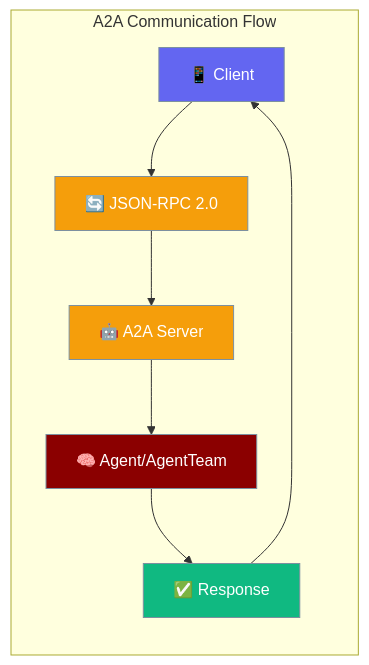
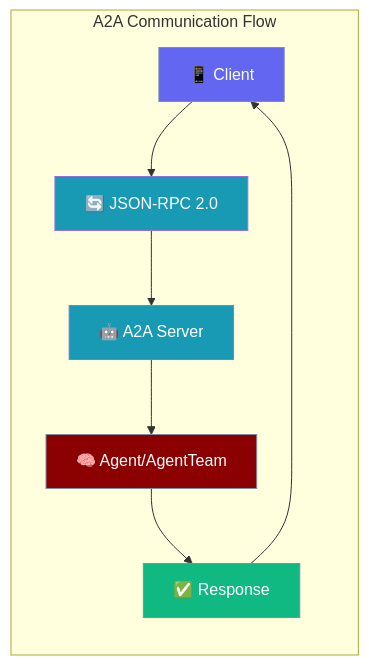
The first of 3 diagrams in docs/features/a2a.mdx (MervinPraison/PraisonAIDocs), drawn with Mermaid before and after one commit. The commit also changed 13 other files, not shown here.

````diff
--- a/docs/features/a2a.mdx
+++ b/docs/features/a2a.mdx
@@ -10,20 +10,21 @@
 ```mermaid
 graph LR
     subgraph "A2A Communication Flow"
         Client[📱 Client] --> JSONRPC[🔄 JSON-RPC 2.0]
         JSONRPC --> A2AServer[🤖 A2A Server]
         A2AServer --> Agent[🧠 Agent/AgentTeam]
         Agent --> Response[✅ Response]
         Response --> Client
     end
     
     classDef client fill:#6366F1,stroke:#7C90A0,color:#fff
     classDef protocol fill:#F59E0B,stroke:#7C90A0,color:#fff
     classDef agent fill:#8B0000,stroke:#7C90A0,color:#fff
     classDef result fill:#10B981,stroke:#7C90A0,color:#fff
+    classDef tool fill:#189AB4,color:#fff
     
     class Client client
-    class JSONRPC,A2AServer protocol
+    class JSONRPC,A2AServer tool
     class Agent agent
     class Response result
 ```
````
